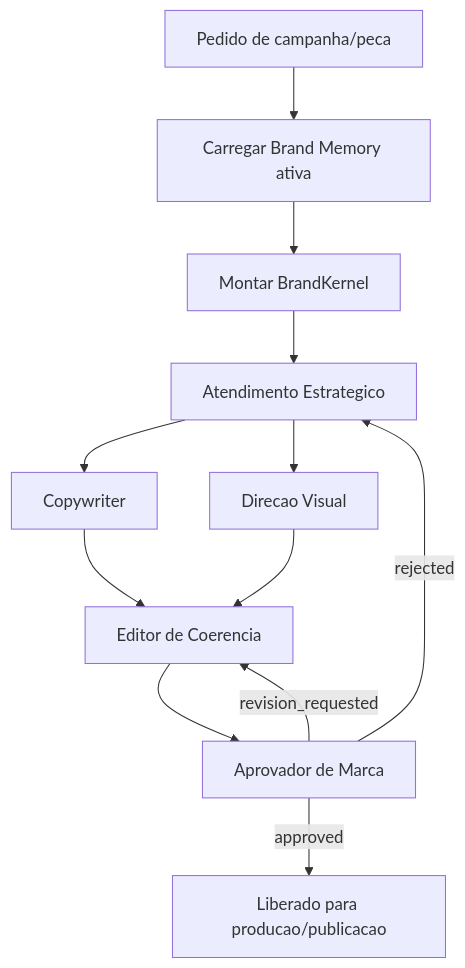
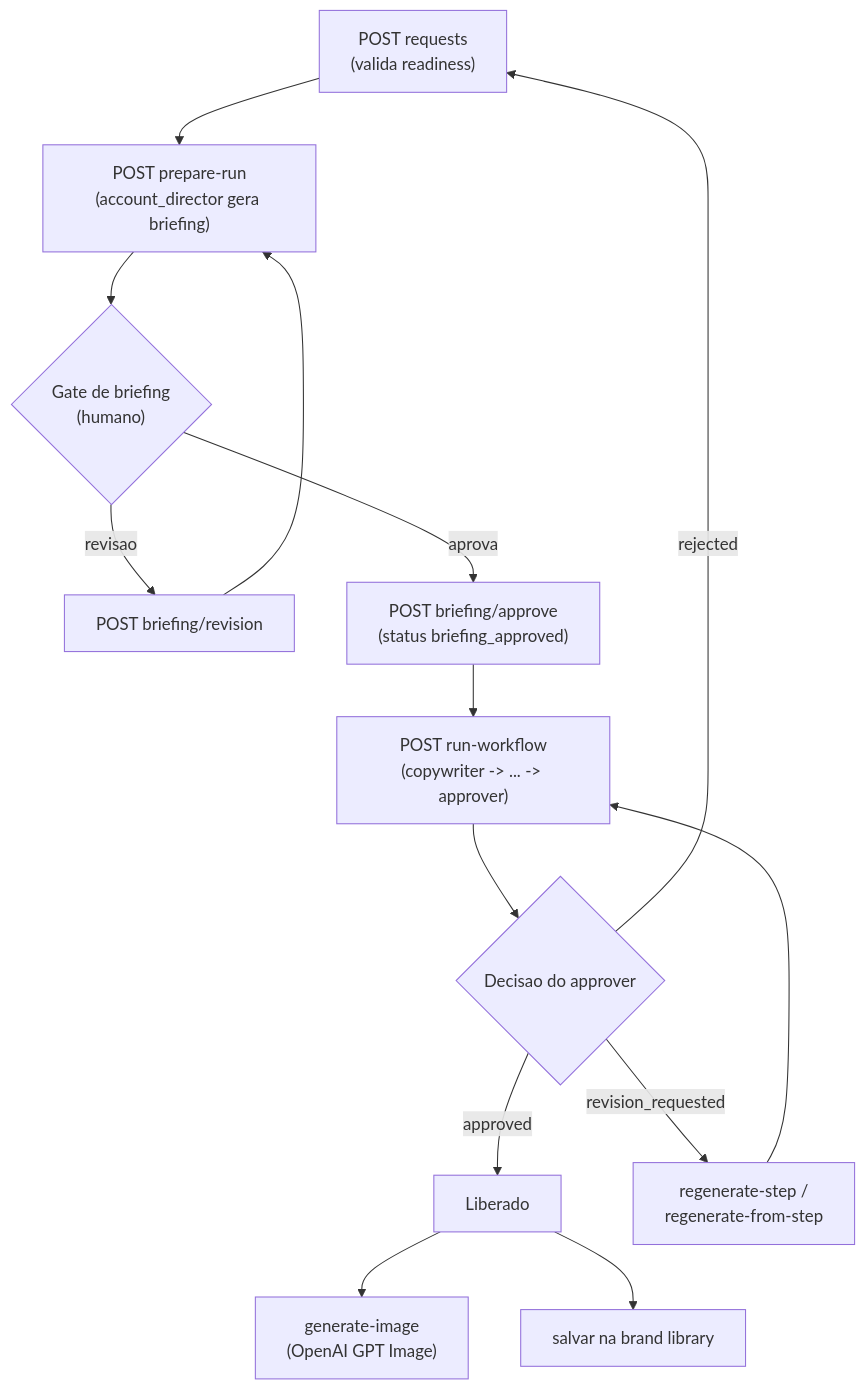
Before and after one commit to appbergamini/espansione-web: the third of 3 diagrams in docs/estrutura-e-fluxo-agentes.md, drawn with Mermaid. The commit also changed other lines of this file and 26 other files, not shown here.

First line of the commit message:
@ feat(agency): brand book, perfis de execução explícitos e modo campanha

````diff
--- a/docs/estrutura-e-fluxo-agentes.md
+++ b/docs/estrutura-e-fluxo-agentes.md
@@ -482,14 +415,16 @@
 ```mermaid
 flowchart TD
-  R["Pedido de campanha/peca"] --> BM["Carregar Brand Memory ativa"]
-  BM --> K["Montar BrandKernel"]
-  K --> AD["Atendimento Estrategico"]
-  AD --> CW["Copywriter"]
-  AD --> VD["Direcao Visual"]
-  CW --> ED["Editor de Coerencia"]
-  VD --> ED
-  ED --> AP["Aprovador de Marca"]
-  AP -->|approved| PUB["Liberado para producao/publicacao"]
-  AP -->|revision_requested| ED
-  AP -->|rejected| AD
+  C["POST requests\n(valida readiness)"] --> P["POST prepare-run\n(account_director gera briefing)"]
+  P --> G{"Gate de briefing\n(humano)"}
+  G -->|revisao| RV["POST briefing/revision"]
+  RV --> P
+  G -->|aprova| AP["POST briefing/approve\n(status briefing_approved)"]
+  AP --> W["POST run-workflow\n(copywriter -> ... -> approver)"]
+  W --> D{"Decisao do approver"}
+  D -->|approved| OK["Liberado"]
+  D -->|revision_requested| RG["regenerate-step /\nregenerate-from-step"]
+  D -->|rejected| C
+  RG --> W
+  OK --> IMG["generate-image\n(OpenAI GPT Image)"]
+  OK --> LIB["salvar na brand library"]
 ```
````
